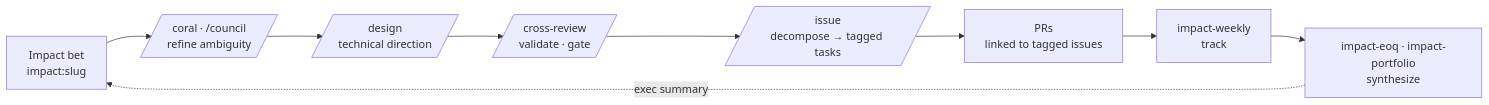
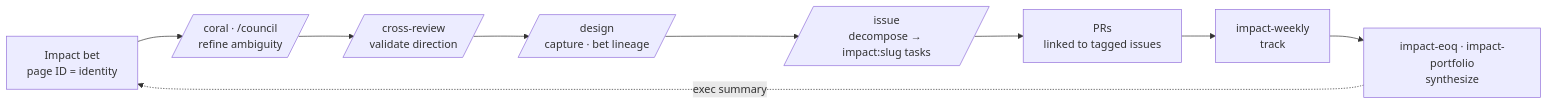
Before and after one commit to sei-protocol/sei-internal-skills: the first of 2 diagrams in docs/designs/impact-hub-pm-skill-suite.md, drawn with Mermaid. The commit also changed other lines of this file, not shown here.

First line of the commit message:
design(impact-hub): resolve architecture cross-review findings

````diff
--- a/docs/designs/impact-hub-pm-skill-suite.md
+++ b/docs/designs/impact-hub-pm-skill-suite.md
@@ -43,12 +45,12 @@
 ```mermaid
 flowchart LR
-    B[Impact bet<br/>impact:slug] --> R[/coral · /council<br/>refine ambiguity/]
-    R --> D[/design<br/>technical direction/]
-    D --> X[/cross-review<br/>validate · gate/]
-    X --> I[/issue<br/>decompose → tagged tasks/]
+    B[Impact bet<br/>page ID = identity] --> R[/coral · /council<br/>refine ambiguity/]
+    R --> X[/cross-review<br/>validate direction/]
+    X --> D[/design<br/>capture · bet lineage/]
+    D --> I[/issue<br/>decompose → impact:slug tasks/]
     I --> P[PRs<br/>linked to tagged issues]
     P --> W[impact-weekly<br/>track]
     W --> Q[impact-eoq · impact-portfolio<br/>synthesize]
     Q -.exec summary.-> B
-    %% the impact:slug tag + lineage links thread B→I→P→W→Q  -- verify this matches your intent
+    %% spine = bet page ID; impact:slug label threads I→P→W→Q  -- verify this matches your intent
 ```
````
